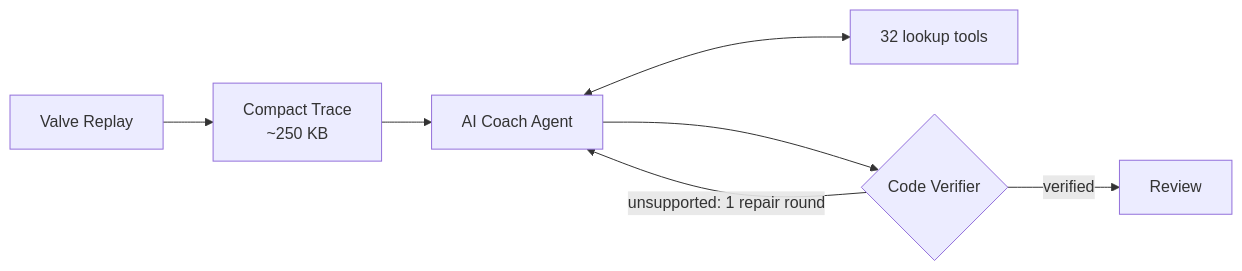
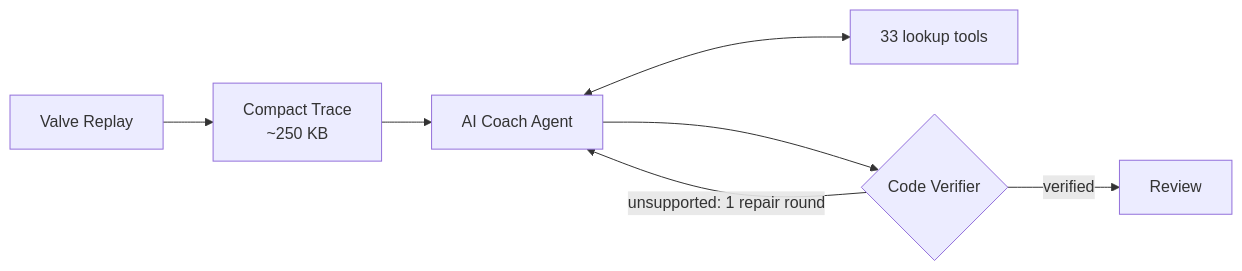
The diagram in README.md (qianhaoq/dota2.ai), drawn with Mermaid before and after one commit. The commit also changed other lines of this file and 28 other files, not shown here.

````diff
--- a/README.md
+++ b/README.md
@@ -152,9 +152,9 @@
 ```mermaid
 flowchart LR
     R["Valve Replay"] --> T["Compact Trace<br/>~250 KB"]
     T --> A["AI Coach Agent"]
-    A <--> L["32 lookup tools"]
+    A <--> L["33 lookup tools"]
     A --> V{"Code Verifier"}
     V -- "unsupported: 1 repair round" --> A
     V -- "verified" --> D["Review"]
 ```
````
